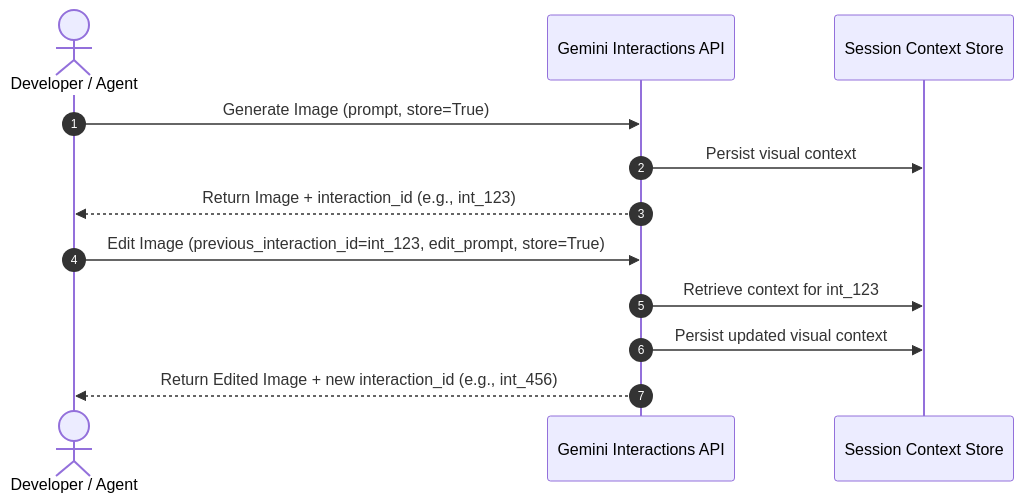
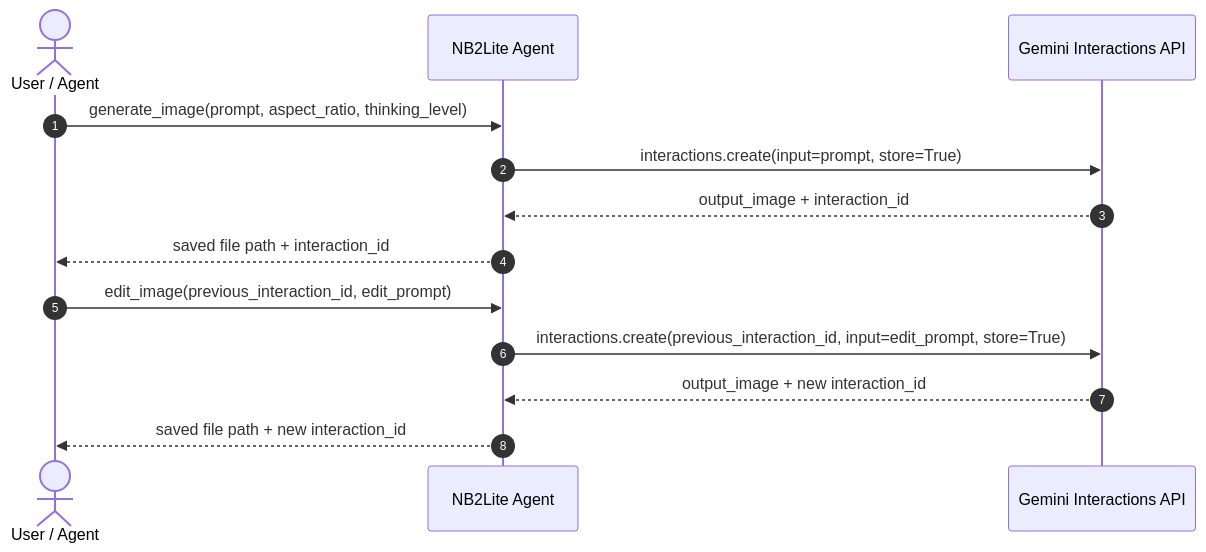
One commit to xbill9/nb2lite-codex changed the diagram in GEMINI.md. Above: the diagram before and after it, drawn with Mermaid. The commit also changed other lines of this file and 8 other files, not shown here.

````diff
--- a/GEMINI.md
+++ b/GEMINI.md
@@ -16,16 +29,17 @@
 ```mermaid
 sequenceDiagram
     autonumber
-    actor Dev as Developer / Agent
+    actor User as User / Agent
+    participant MCP as NB2Lite Agent
     participant API as Gemini Interactions API
-    participant Store as Session Context Store
 
-    Dev->>API: Generate Image (prompt, store=True)
-    API->>Store: Persist visual context
-    API-->>Dev: Return Image + interaction_id (e.g., int_123)
+    User->>MCP: generate_image(prompt, aspect_ratio, thinking_level)
+    MCP->>API: interactions.create(input=prompt, store=True)
+    API-->>MCP: output_image + interaction_id
+    MCP-->>User: saved file path + interaction_id
 
-    Dev->>API: Edit Image (previous_interaction_id=int_123, edit_prompt, store=True)
-    API->>Store: Retrieve context for int_123
-    API->>Store: Persist updated visual context
-    API-->>Dev: Return Edited Image + new interaction_id (e.g., int_456)
+    User->>MCP: edit_image(previous_interaction_id, edit_prompt)
+    MCP->>API: interactions.create(previous_interaction_id, input=edit_prompt, store=True)
+    API-->>MCP: output_image + new interaction_id
+    MCP-->>User: saved file path + new interaction_id
 ```
````
